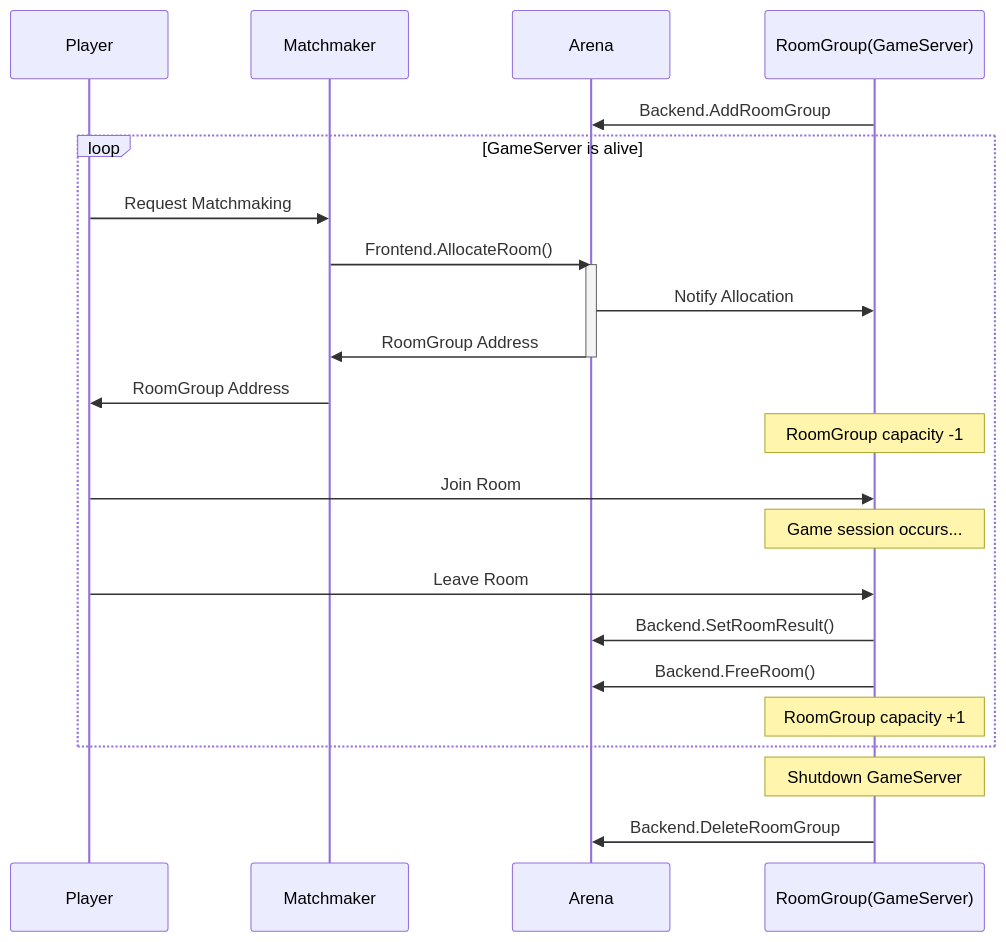
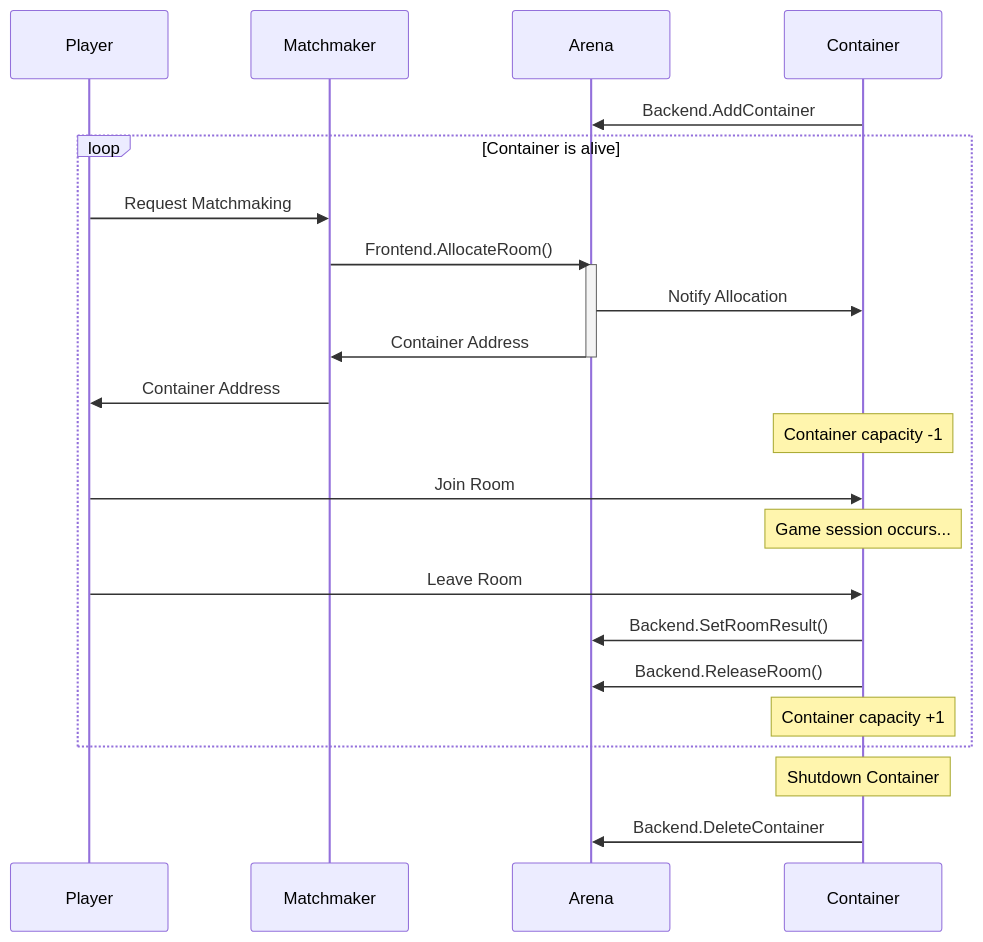
Before and after one commit to castaneai/arena: the diagram in README.md, drawn with Mermaid. The commit also changed other lines of this file and 15 other files, not shown here.

````diff
--- a/README.md
+++ b/README.md
@@ -18,28 +21,28 @@
 ```mermaid
 sequenceDiagram
     participant Player
     participant Matchmaker
     participant Arena
-    participant GameServer as RoomGroup(GameServer)
+    participant Container
 
-    GameServer ->> Arena: Backend.AddRoomGroup
-    loop GameServer is alive
+    Container ->> Arena: Backend.AddContainer
+    loop Container is alive
         Player ->> Matchmaker: Request Matchmaking
         Matchmaker ->> Arena: Frontend.AllocateRoom()
         activate Arena
-        Arena ->> GameServer: Notify Allocation
-        Arena ->> Matchmaker: RoomGroup Address
+        Arena ->> Container: Notify Allocation
+        Arena ->> Matchmaker: Container Address
         deactivate Arena
-        Matchmaker ->> Player: RoomGroup Address
-        Note over GameServer: RoomGroup capacity -1
+        Matchmaker ->> Player: Container Address
+        Note over Container: Container capacity -1
 
-        Player ->> GameServer: Join Room
-        Note over GameServer: Game session occurs...
-        Player ->> GameServer: Leave Room
-        GameServer ->> Arena: Backend.SetRoomResult()
-        GameServer ->> Arena: Backend.FreeRoom()
-        Note over GameServer: RoomGroup capacity +1
+        Player ->> Container: Join Room
+        Note over Container: Game session occurs...
+        Player ->> Container: Leave Room
+        Container ->> Arena: Backend.SetRoomResult()
+        Container ->> Arena: Backend.ReleaseRoom()
+        Note over Container: Container capacity +1
     end
-    Note over GameServer: Shutdown GameServer
-    GameServer ->> Arena: Backend.DeleteRoomGroup
+    Note over Container: Shutdown Container
+    Container ->> Arena: Backend.DeleteContainer
 ```
````
